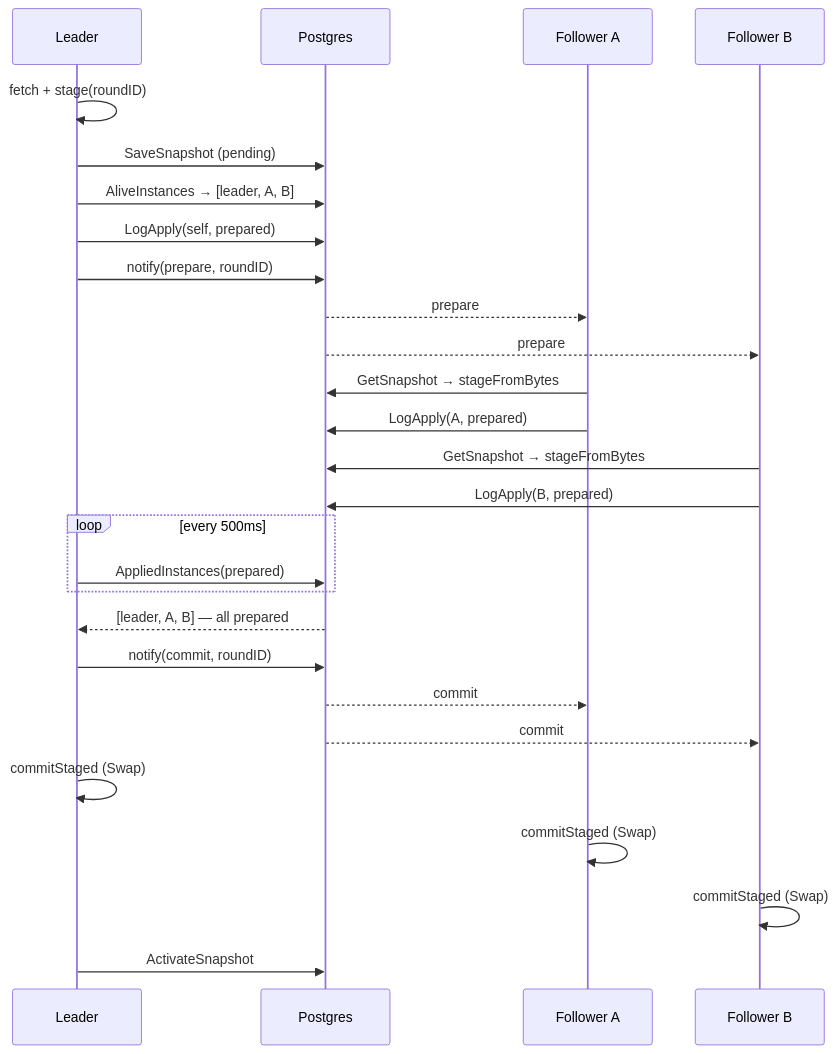
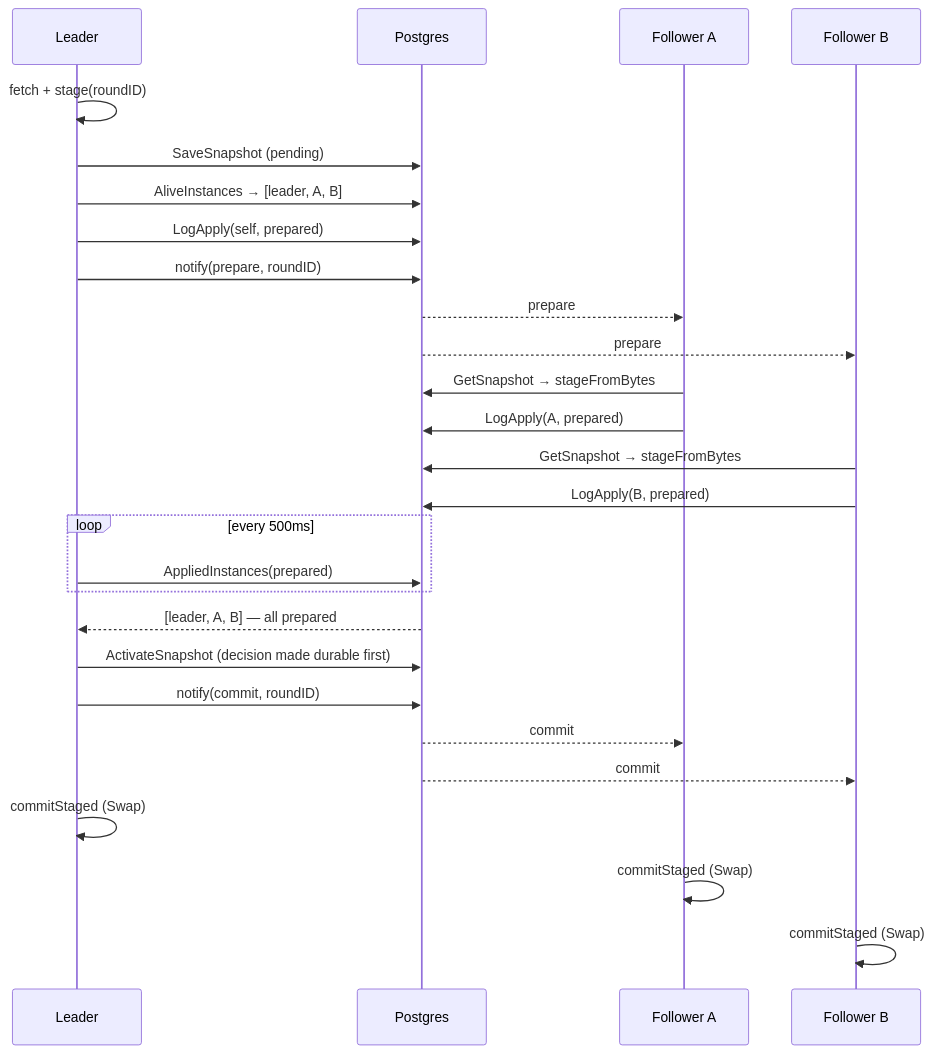
Before and after one commit to swchck/director: the second of 2 diagrams in docs/sync-protocol.md, drawn with Mermaid. The commit also changed other lines of this file and 96 other files, not shown here.

````diff
--- a/docs/sync-protocol.md
+++ b/docs/sync-protocol.md
@@ -296,30 +632,30 @@
 ```mermaid
 sequenceDiagram
     participant L as Leader
     participant PG as Postgres
     participant FA as Follower A
     participant FB as Follower B
 
     L->>L: fetch + stage(roundID)
     L->>PG: SaveSnapshot (pending)
     L->>PG: AliveInstances → [leader, A, B]
     L->>PG: LogApply(self, prepared)
     L->>PG: notify(prepare, roundID)
     PG-->>FA: prepare
     PG-->>FB: prepare
     FA->>PG: GetSnapshot → stageFromBytes
     FA->>PG: LogApply(A, prepared)
     FB->>PG: GetSnapshot → stageFromBytes
     FB->>PG: LogApply(B, prepared)
     loop every 500ms
         L->>PG: AppliedInstances(prepared)
     end
     PG-->>L: [leader, A, B] — all prepared
+    L->>PG: ActivateSnapshot (decision made durable first)
     L->>PG: notify(commit, roundID)
     PG-->>FA: commit
     PG-->>FB: commit
     L->>L: commitStaged (Swap)
     FA->>FA: commitStaged (Swap)
     FB->>FB: commitStaged (Swap)
-    L->>PG: ActivateSnapshot
 ```
````
